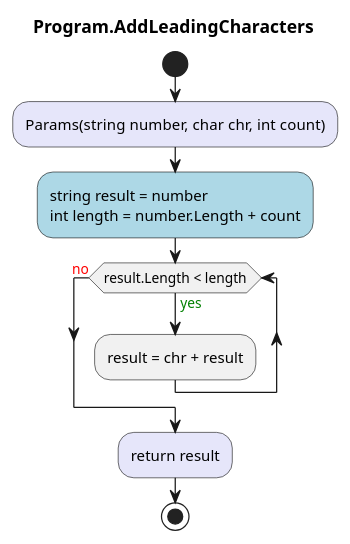
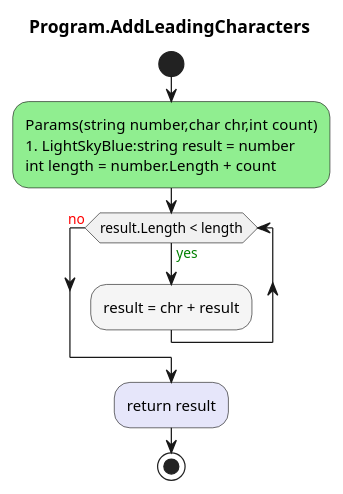
The diagram in AddBigInteger.ConApp/diagrams/ac_Program_AddLeadingCharacters.puml (leoggehrer/2324-34_ABIF_ACIF_POSE), drawn with PlantUML before and after one commit. The commit also changed 17 other files, not shown here.

```diff
--- a/AddBigInteger.ConApp/diagrams/ac_Program_AddLeadingCharacters.puml
+++ b/AddBigInteger.ConApp/diagrams/ac_Program_AddLeadingCharacters.puml
@@ -1,12 +1,12 @@
 @startuml Program.AddLeadingCharacters
 title Program.AddLeadingCharacters
 start
-#Lavender:Params(string number, char chr, int count);
-#LightBlue:string result = number
+#LightGreen:Params(string number,char chr,int count)
+#LightSkyBlue:string result = number
 int length = number.Length + count;
 while (result.Length < length) is (<color:green>yes)
-    :result = chr + result;
+    #WhiteSmoke:result = chr + result;
 endwhile (<color:red>no)
 #Lavender:return result;
 stop
 @enduml
```
